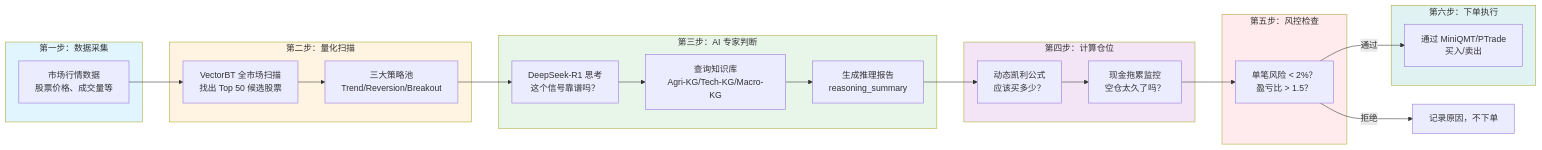
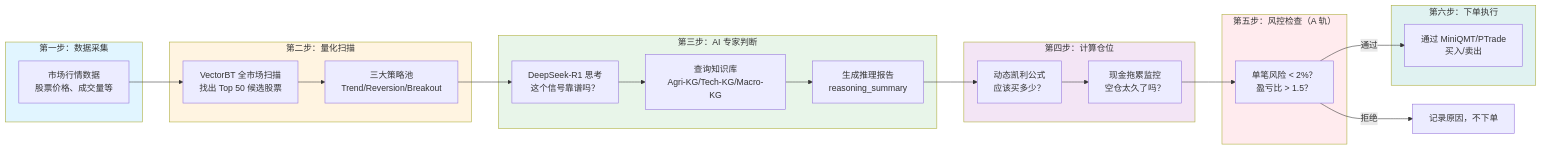
The second of 12 diagrams in 02_战略维度/产品设计/09_通俗易懂的逻辑链路图.md (myxxhui/diting-doc), drawn with Mermaid before and after one commit. The commit also changed other lines of this file and 39 other files, not shown here.

````diff
--- a/02_战略维度/产品设计/09_通俗易懂的逻辑链路图.md
+++ b/02_战略维度/产品设计/09_通俗易懂的逻辑链路图.md
@@ -13,48 +61,48 @@
 ```mermaid
 flowchart LR
     subgraph 第一步[第一步：数据采集]
         A[市场行情数据<br/>股票价格、成交量等]
     end
     
     subgraph 第二步[第二步：量化扫描]
         B[VectorBT 全市场扫描<br/>找出 Top 50 候选股票]
         C[三大策略池<br/>Trend/Reversion/Breakout]
     end
     
     subgraph 第三步[第三步：AI 专家判断]
         D[DeepSeek-R1 思考<br/>这个信号靠谱吗？]
         E[查询知识库<br/>Agri-KG/Tech-KG/Macro-KG]
         F[生成推理报告<br/>reasoning_summary]
     end
     
     subgraph 第四步[第四步：计算仓位]
         G[动态凯利公式<br/>应该买多少？]
         H[现金拖累监控<br/>空仓太久了吗？]
     end
     
-    subgraph 第五步[第五步：风控检查]
+    subgraph 第五步[第五步：风控检查（A 轨）]
         I[单笔风险 < 2%？<br/>盈亏比 > 1.5？]
     end
     
     subgraph 第六步[第六步：下单执行]
         J[通过 MiniQMT/PTrade<br/>买入/卖出]
     end
     
     A --> B
     B --> C
     C --> D
     D --> E
     E --> F
     F --> G
     G --> H
     H --> I
     I -->|通过| J
     I -->|拒绝| K[记录原因，不下单]
     
     style 第一步 fill:#e1f5ff
     style 第二步 fill:#fff4e1
     style 第三步 fill:#e8f5e9
     style 第四步 fill:#f3e5f5
     style 第五步 fill:#ffebee
     style 第六步 fill:#e0f2f1
 ```
````
